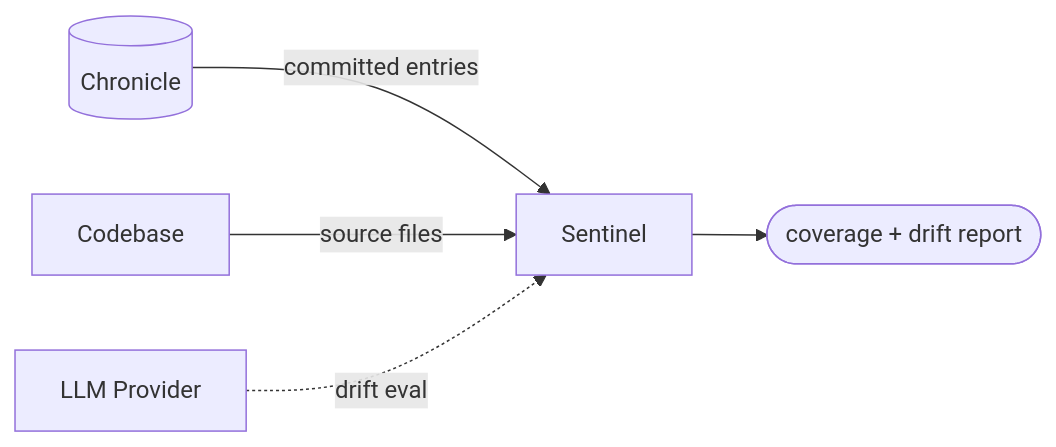
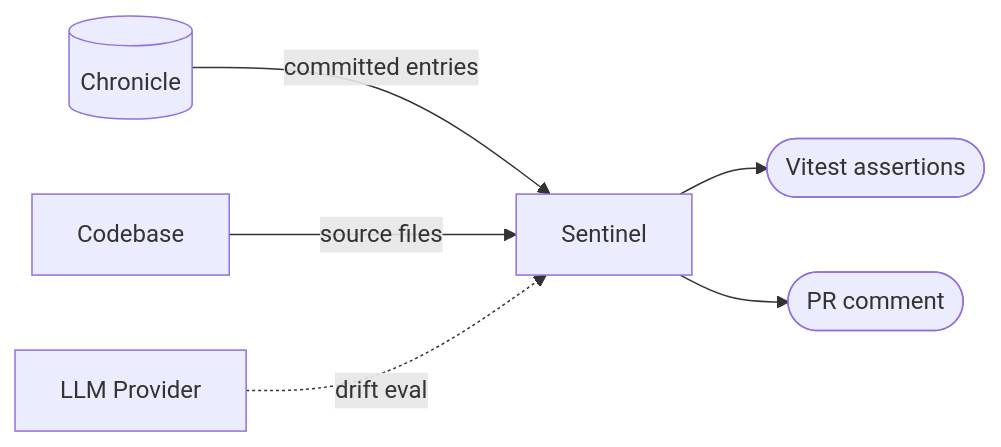
The third of 3 diagrams in README.md (balpal4495/Quorum), drawn with Mermaid before and after one commit. The commit also changed other lines of this file, not shown here.

First line of the commit message:
docs: update Sentinel README section to cover all three capabilities

````diff
--- a/README.md
+++ b/README.md
@@ -148,7 +171,8 @@
 ```mermaid
 flowchart LR
     Chronicle[(Chronicle)] -->|committed entries| Sentinel
     Codebase[Codebase] -->|source files| Sentinel
     LLM[LLM Provider] -. drift eval .-> Sentinel
-    Sentinel --> Report([coverage + drift report])
+    Sentinel --> Vitest([Vitest assertions])
+    Sentinel --> PRComment([PR comment])
 ```
````
